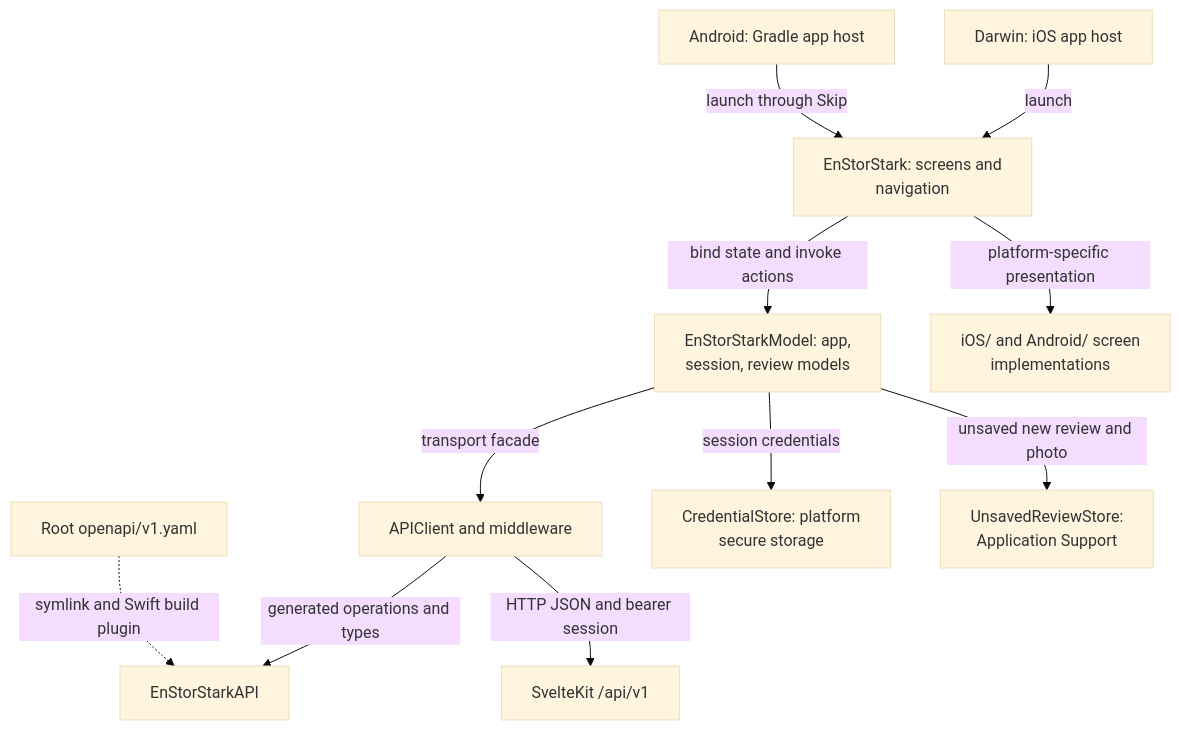
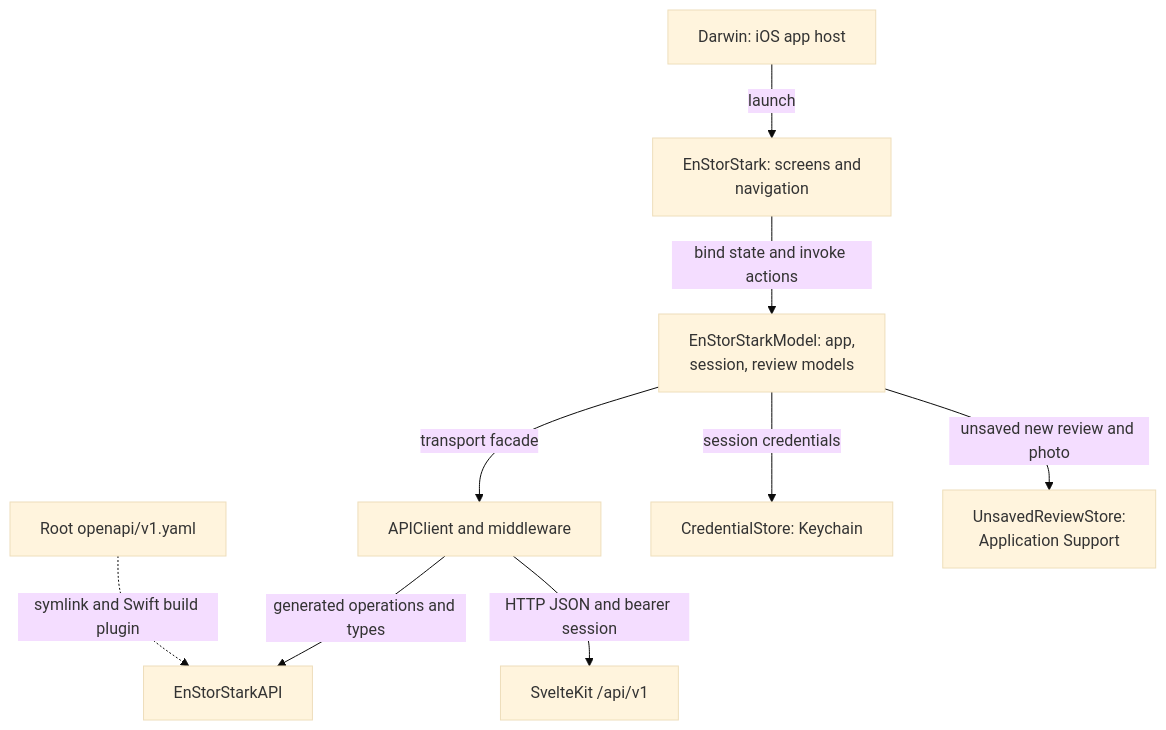
One commit to jonathan-lindqvist/enstorstarkreview changed the diagram in mobile/README.md. Above: the diagram before and after it, drawn with Mermaid (base theme). The commit also changed other lines of this file and 95 other files, not shown here.

First line of the commit message:
refactor(ios): drop Skip and build the app with plain SwiftUI (#225)

````diff
--- a/mobile/README.md
+++ b/mobile/README.md
@@ -12,13 +12,11 @@
 ```mermaid
 flowchart TD
     Darwin["Darwin: iOS app host"] -->|"launch"| UI["EnStorStark: screens and<br/>navigation"]
-    Android["Android: Gradle app host"] -->|"launch through Skip"| UI
     UI -->|"bind state and invoke actions"| Model["EnStorStarkModel: app,<br/>session, review models"]
-    UI -->|"platform-specific presentation"| Platforms["iOS/ and Android/ screen<br/>implementations"]
     Model -->|"transport facade"| Client["APIClient and middleware"]
     Client -->|"generated operations and types"| Generated["EnStorStarkAPI"]
     Contract["Root openapi/v1.yaml"] -.->|"symlink and Swift build plugin"| Generated
     Client -->|"HTTP JSON and bearer session"| Backend["SvelteKit /api/v1"]
-    Model -->|"session credentials"| Credentials["CredentialStore: platform<br/>secure storage"]
+    Model -->|"session credentials"| Credentials["CredentialStore: Keychain"]
     Model -->|"unsaved new review and photo"| Local["UnsavedReviewStore:<br/>Application Support"]
 ```
````
